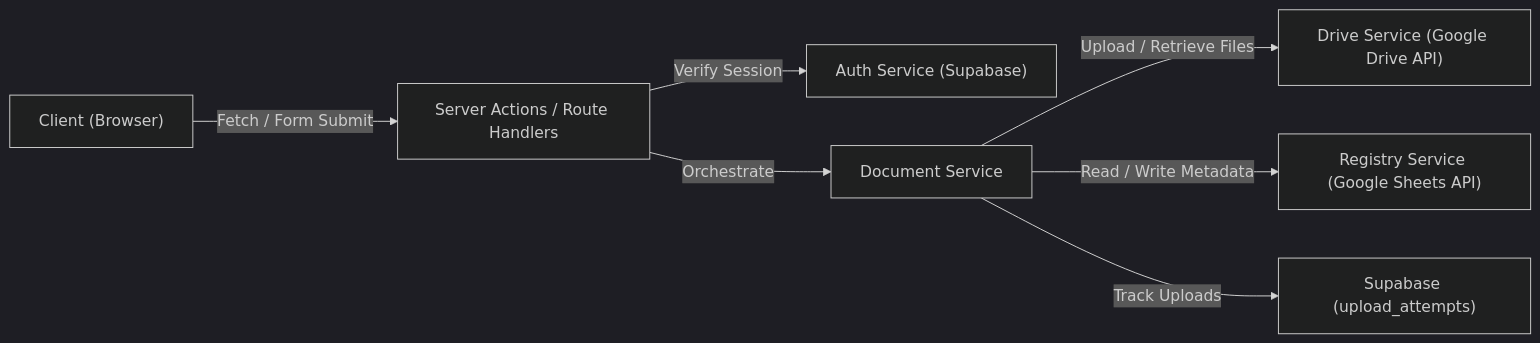
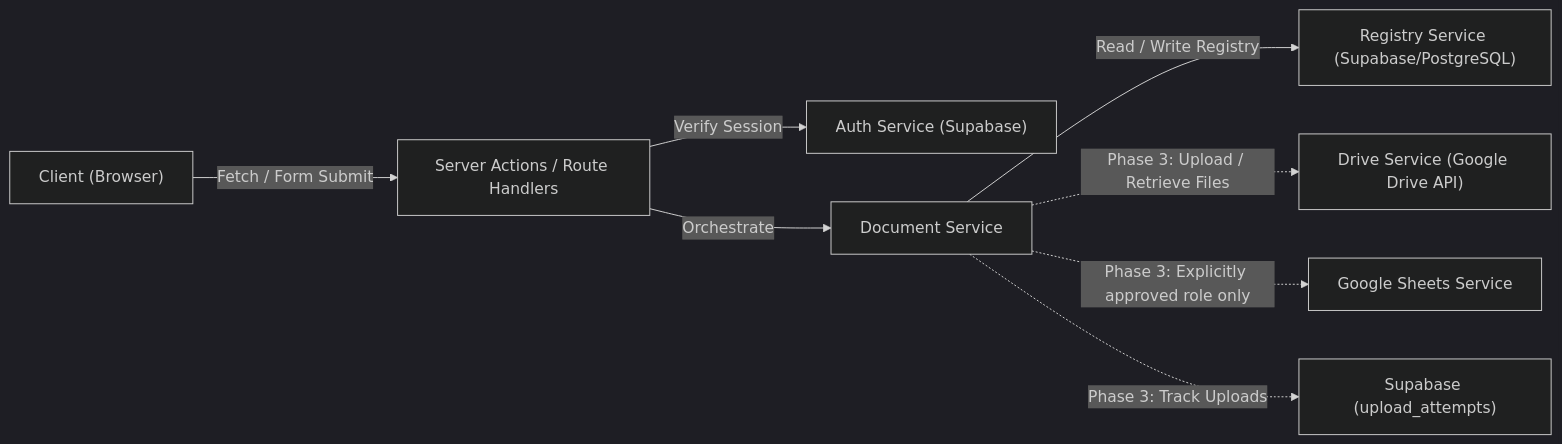
The first of 2 diagrams in docs/05-system-architecture.md (kurisujon/kwd-document-center), drawn with Mermaid (dark theme) before and after one commit. The commit also changed other lines of this file and 23 other files, not shown here.

Commit message:
feat(registry): implement Phase 2 Supabase document registry

````diff
--- a/docs/05-system-architecture.md
+++ b/docs/05-system-architecture.md
@@ -37,9 +38,10 @@
 ```mermaid
 graph LR
     Client["Client (Browser)"] -->|"Fetch / Form Submit"| SA["Server Actions / Route Handlers"]
     SA -->|"Verify Session"| Auth["Auth Service (Supabase)"]
     SA -->|"Orchestrate"| DocSvc["Document Service"]
-    DocSvc -->|"Upload / Retrieve Files"| DriveSvc["Drive Service (Google Drive API)"]
-    DocSvc -->|"Read / Write Metadata"| RegSvc["Registry Service (Google Sheets API)"]
-    DocSvc -->|"Track Uploads"| DB["Supabase (upload_attempts)"]
+    DocSvc -->|"Read / Write Registry"| RegSvc["Registry Service (Supabase/PostgreSQL)"]
+    DocSvc -.->|"Phase 3: Upload / Retrieve Files"| DriveSvc["Drive Service (Google Drive API)"]
+    DocSvc -.->|"Phase 3: Explicitly approved role only"| SheetsSvc["Google Sheets Service"]
+    DocSvc -.->|"Phase 3: Track Uploads"| DB["Supabase (upload_attempts)"]
 ```
````
